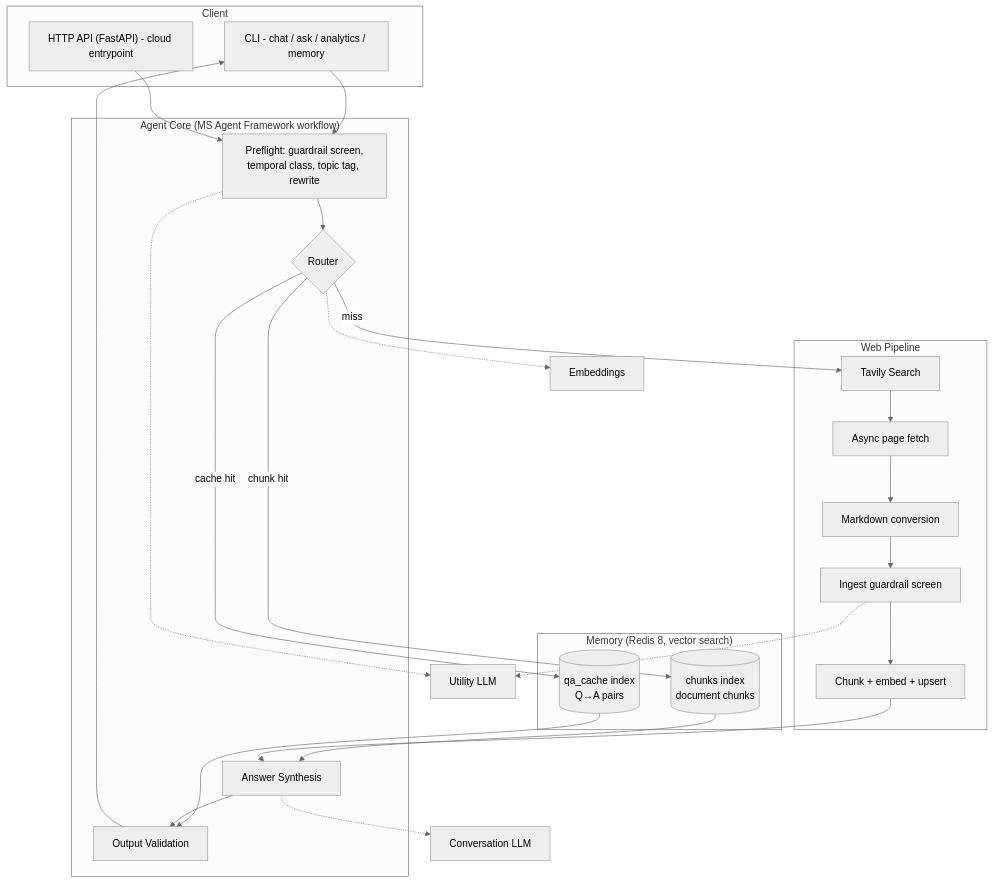
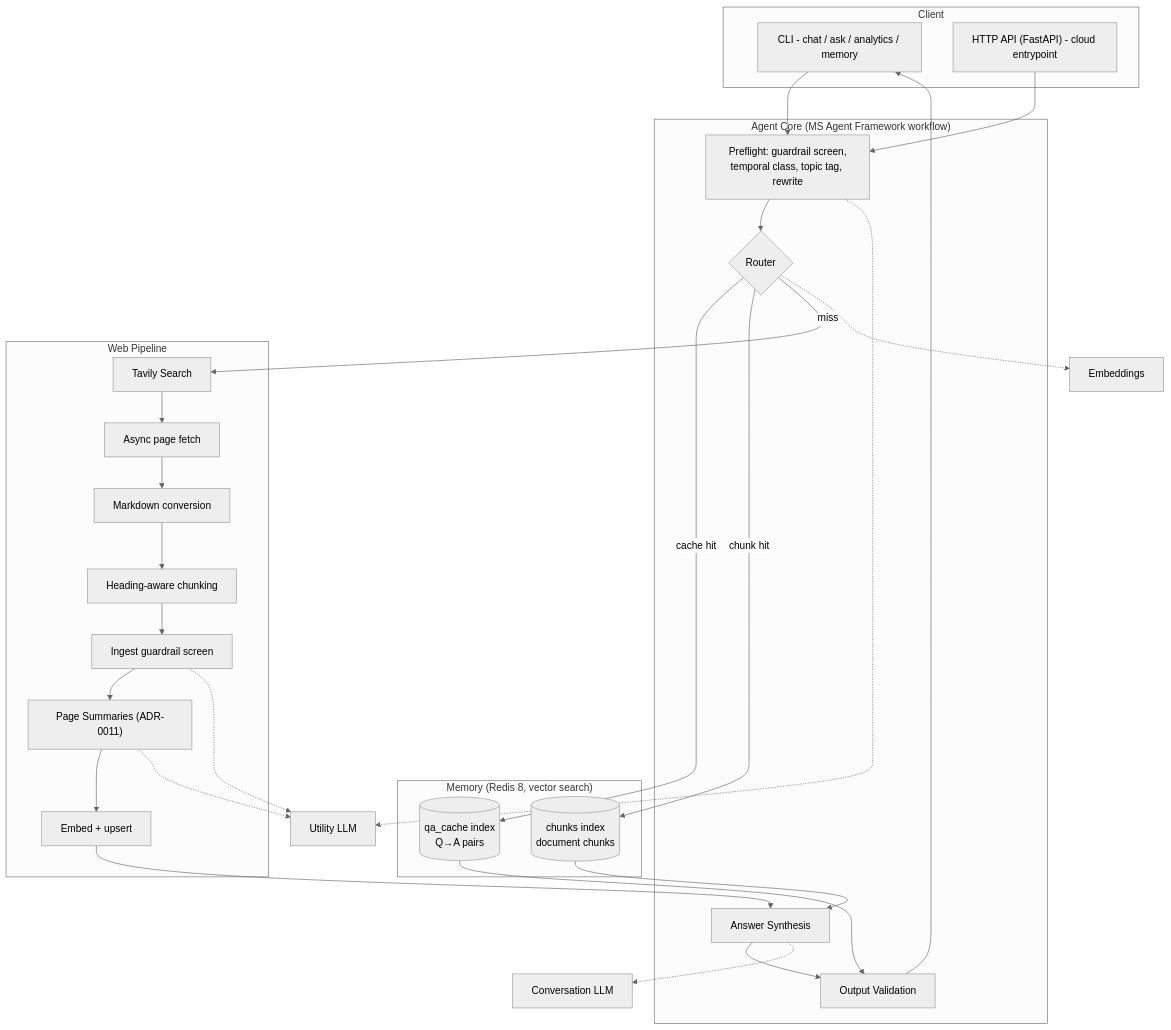
The diagram in docs/superpowers/specs/2026-08-07-memory-first-agent-design.md (vadjs/memory-first-agent), drawn with Mermaid (neutral theme) before and after one commit. The commit also changed other lines of this file and 3 other files, not shown here.

````diff
--- a/docs/superpowers/specs/2026-08-07-memory-first-agent-design.md
+++ b/docs/superpowers/specs/2026-08-07-memory-first-agent-design.md
@@ -53,39 +53,42 @@
 ```mermaid
 flowchart TB
     subgraph Client
         CLI[CLI - chat / ask / analytics / memory]
         API["HTTP API (FastAPI) - cloud entrypoint"]
     end
     subgraph Agent["Agent Core (MS Agent Framework workflow)"]
         PRE["Preflight: guardrail screen,<br/>temporal class, topic tag, rewrite"]
         ROUTE{Router}
         SYN["Answer Synthesis"]
         VAL["Output Validation"]
     end
     subgraph Memory["Memory (Redis 8, vector search)"]
         QA[("qa_cache index<br/>Q→A pairs")]
         CH[("chunks index<br/>document chunks")]
     end
     subgraph Web["Web Pipeline"]
         SEARCH[Tavily Search]
         FETCH[Async page fetch]
         MD[Markdown conversion]
+        CHUNK[Heading-aware chunking]
         SCREEN[Ingest guardrail screen]
-        CHUNK[Chunk + embed + upsert]
+        SUM["Page Summaries (ADR-0011)"]
+        UPS[Embed + upsert]
     end
     LLM1[Conversation LLM]
     LLM2[Utility LLM]
     EMB[Embeddings]
 
     CLI --> PRE
     API --> PRE
     PRE --> ROUTE
     ROUTE -->|cache hit| QA --> VAL
     ROUTE -->|chunk hit| CH --> SYN
-    ROUTE -->|miss| SEARCH --> FETCH --> MD --> SCREEN --> CHUNK --> SYN
+    ROUTE -->|miss| SEARCH --> FETCH --> MD --> CHUNK --> SCREEN --> SUM --> UPS --> SYN
     SYN --> VAL --> CLI
     PRE -.-> LLM2
     SCREEN -.-> LLM2
+    SUM -.-> LLM2
     SYN -.-> LLM1
     ROUTE -.-> EMB
 ```
````
